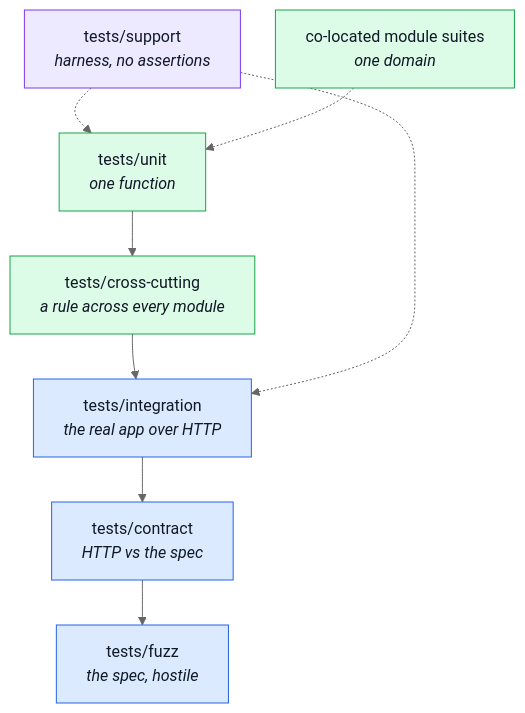
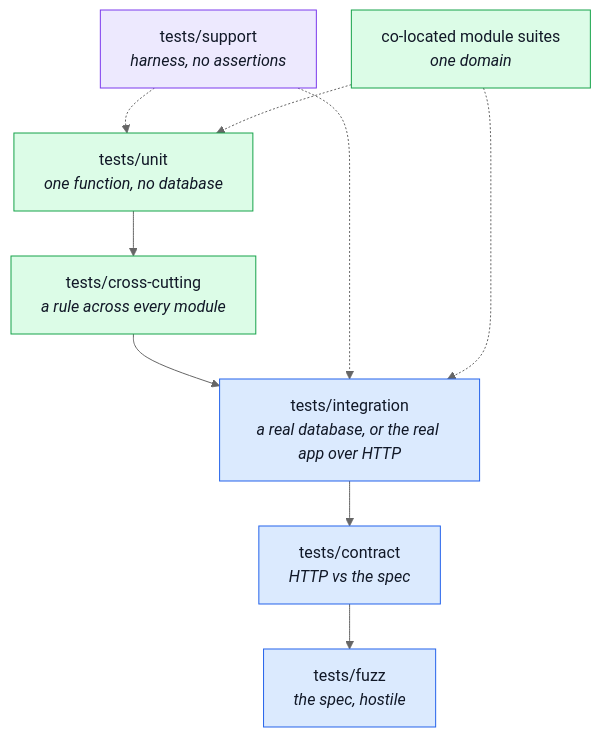
Before and after one commit to Guebbit/boilerplate-node-backend: the diagram in docs/reference/tests.md, drawn with Mermaid (neutral theme). The commit also changed other lines of this file and 53 other files, not shown here.

````diff
--- a/docs/reference/tests.md
+++ b/docs/reference/tests.md
@@ -16,18 +16,19 @@
 ```mermaid
 %%{init: {'flowchart': {'nodeSpacing': 35, 'rankSpacing': 45}}}%%
 flowchart TD
-    U["tests/unit<br/><i>one function</i>"] --> X["tests/cross-cutting<br/><i>a rule across every module</i>"]
-    X --> I["tests/integration<br/><i>the real app over HTTP</i>"]
+    U["tests/unit<br/><i>one function, no database</i>"] --> X["tests/cross-cutting<br/><i>a rule across every module</i>"]
+    X --> I["tests/integration<br/><i>a real database, or the real app over HTTP</i>"]
     I --> C["tests/contract<br/><i>HTTP vs the spec</i>"]
     C --> F["tests/fuzz<br/><i>the spec, hostile</i>"]
     Sup["tests/support<br/><i>harness, no assertions</i>"] -.-> U
     Sup -.-> I
     Mod["co-located module suites<br/><i>one domain</i>"] -.-> U
+    Mod -.-> I
 
     classDef fast fill:#dcfce7,stroke:#16a34a,color:#111827;
     classDef slow fill:#dbeafe,stroke:#2563eb,color:#111827;
     classDef help fill:#ede9fe,stroke:#7c3aed,color:#111827;
     class U,X,Mod fast;
     class I,C,F slow;
     class Sup help;
 ```
````
